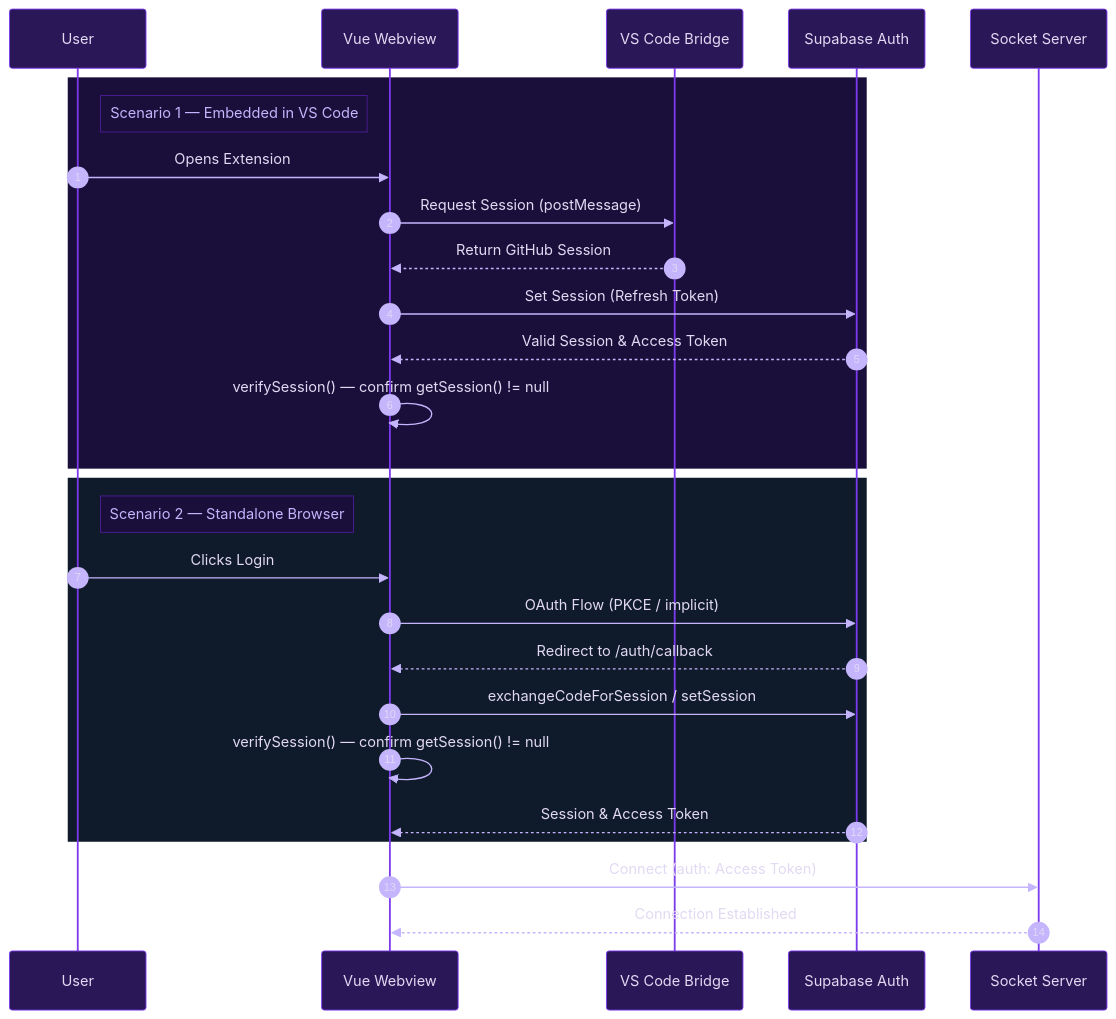
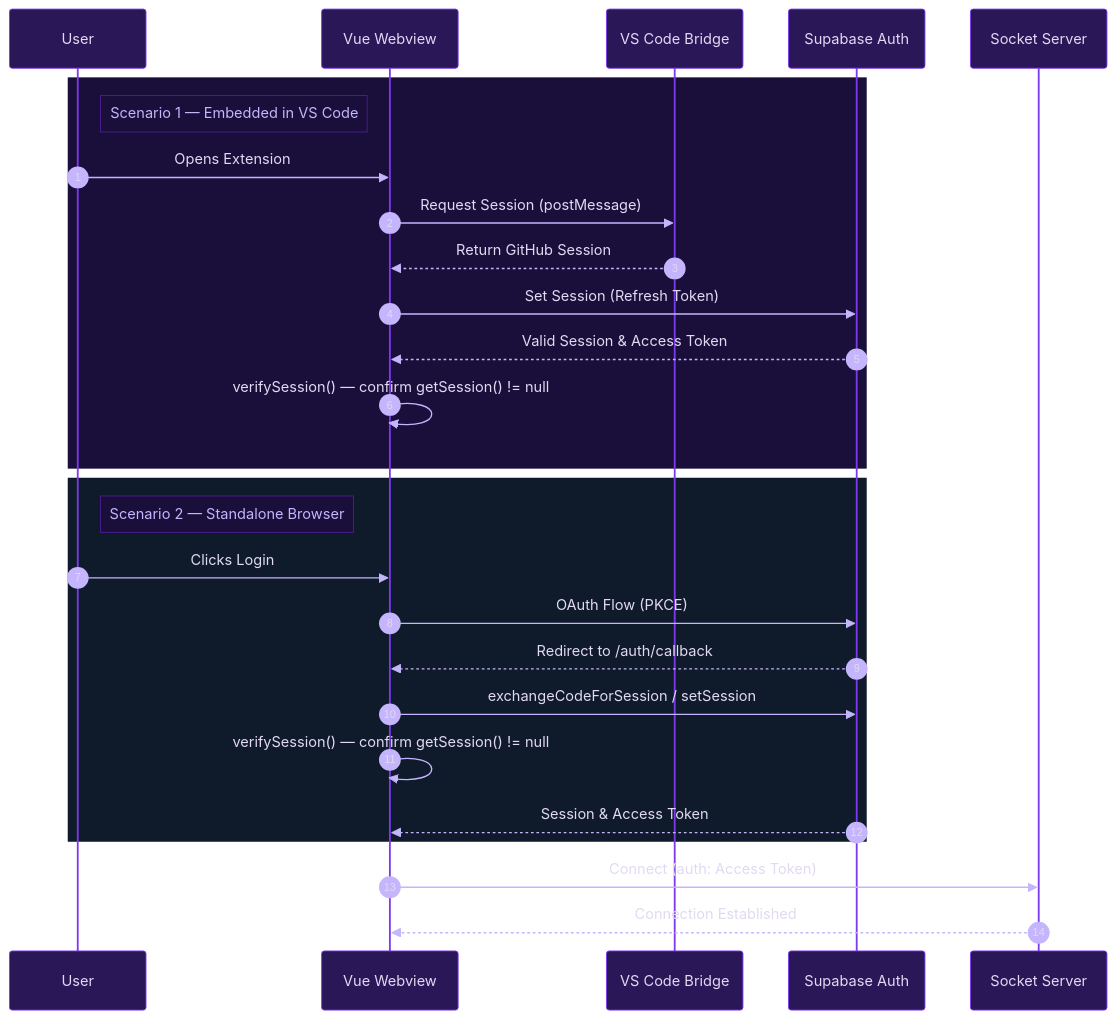
Before and after one commit to BabaDeluxe/babadeluxe-webview: the fourth of 5 diagrams in README.md, drawn with Mermaid. The commit also changed other lines of this file and 3 other files, not shown here.

````diff
--- a/README.md
+++ b/README.md
@@ -120,33 +120,33 @@
 ```mermaid
 %%{init: {'theme': 'base', 'themeVariables': {'background': '#13111a', 'primaryColor': '#2a1758', 'primaryTextColor': '#e2d9f3', 'primaryBorderColor': '#7c3aed', 'lineColor': '#7c3aed', 'secondaryColor': '#1a0f3a', 'tertiaryColor': '#0f1a2a', 'edgeLabelBackground': '#1a1030', 'actorBkg': '#2a1758', 'actorBorder': '#7c3aed', 'actorTextColor': '#e2d9f3', 'actorLineColor': '#7c3aed', 'signalColor': '#c4b5fd', 'signalTextColor': '#e2d9f3', 'labelBoxBkgColor': '#1a0f3a', 'labelBoxBorderColor': '#4c1d95', 'labelTextColor': '#c4b5fd', 'loopTextColor': '#e2d9f3', 'noteBkgColor': '#1a0f3a', 'noteTextColor': '#c4b5fd', 'noteBorderColor': '#4c1d95', 'activationBkgColor': '#4c1d95', 'activationBorderColor': '#7c3aed', 'sequenceNumberColor': '#e2d9f3', 'fontFamily': 'monospace'}}}%%
 sequenceDiagram
     autonumber
     participant User
     participant Webview as Vue Webview
     participant Bridge as VS Code Bridge
     participant Supabase as Supabase Auth
     participant Socket as Socket Server
 
     rect rgb(26, 15, 58)
         note right of User: Scenario 1 — Embedded in VS Code
         User->>Webview: Opens Extension
         Webview->>Bridge: Request Session (postMessage)
         Bridge-->>Webview: Return GitHub Session
         Webview->>Supabase: Set Session (Refresh Token)
         Supabase-->>Webview: Valid Session & Access Token
         Webview->>Webview: verifySession() — confirm getSession() != null
     end
 
     rect rgb(15, 26, 42)
         note right of User: Scenario 2 — Standalone Browser
         User->>Webview: Clicks Login
-        Webview->>Supabase: OAuth Flow (PKCE / implicit)
+        Webview->>Supabase: OAuth Flow (PKCE)
         Supabase-->>Webview: Redirect to /auth/callback
         Webview->>Supabase: exchangeCodeForSession / setSession
         Webview->>Webview: verifySession() — confirm getSession() != null
         Supabase-->>Webview: Session & Access Token
     end
 
     Webview->>Socket: Connect (auth: Access Token)
     Socket-->>Webview: Connection Established
 ```
````
